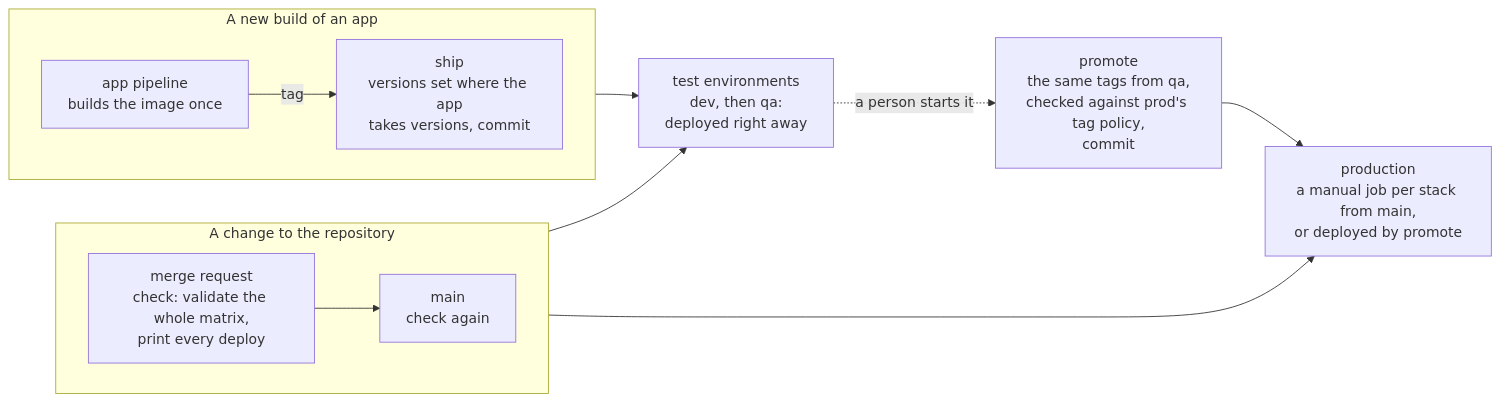
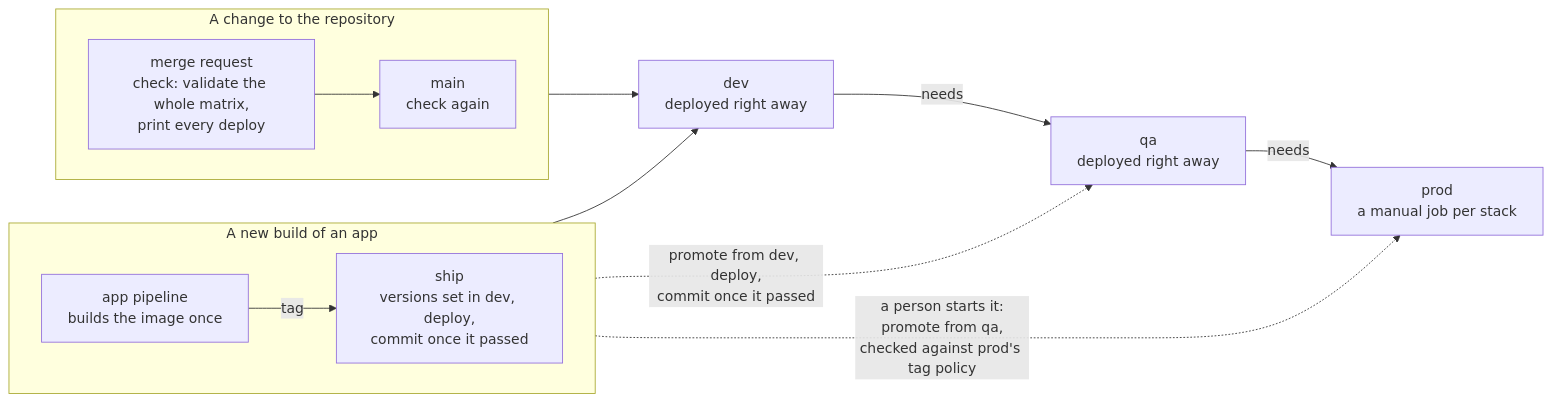
One commit to britzc/muster changed the second of 2 diagrams in MATRIX.md. Above: the diagram before and after it, drawn with Mermaid. The commit also changed other lines of this file and 10 other files, not shown here.

````diff
--- a/MATRIX.md
+++ b/MATRIX.md
@@ -108,16 +113,17 @@
 ```mermaid
 flowchart LR
     subgraph change["A change to the repository"]
         direction LR
         mr["merge request<br/>check: validate the whole matrix,<br/>print every deploy"] --> main["main<br/>check again"]
     end
     subgraph build["A new build of an app"]
         direction LR
-        img["app pipeline<br/>builds the image once"] -->|tag| ship["ship<br/>versions set where the app<br/>takes versions, commit"]
+        img["app pipeline<br/>builds the image once"] -->|tag| ship["ship<br/>versions set in dev, deploy,<br/>commit once it passed"]
     end
-    main --> testenv["test environments<br/>dev, then qa:<br/>deployed right away"]
-    ship --> testenv
-    main --> prodjobs["production<br/>a manual job per stack from main,<br/>or deployed by promote"]
-    testenv -. "a person starts it" .-> promote["promote<br/>the same tags from qa,<br/>checked against prod's tag policy,<br/>commit"]
-    promote --> prodjobs
+    main --> dev["dev<br/>deployed right away"]
+    dev -- needs --> qa["qa<br/>deployed right away"]
+    qa -- needs --> prodjobs["prod<br/>a manual job per stack"]
+    ship --> dev
+    ship -. "promote from dev, deploy,<br/>commit once it passed" .-> qa
+    ship -. "a person starts it:<br/>promote from qa,<br/>checked against prod's tag policy" .-> prodjobs
 ```
````
